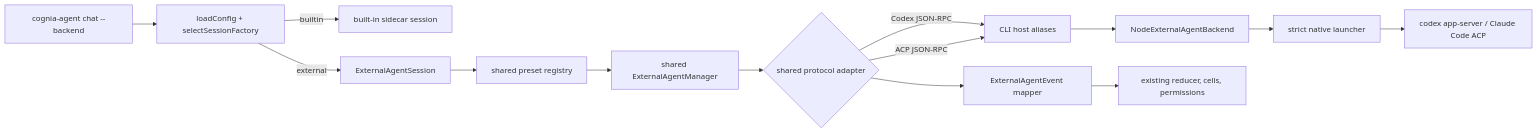
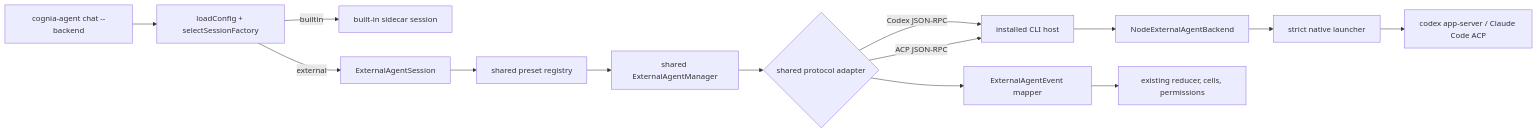
One commit to MaxQian888/cognia-next changed the diagram in docs/content/docs/en/subsystems/cognia-agent-external-hosting/index.mdx. Above: the diagram before and after it, drawn with Mermaid. The commit also changed other lines of this file and 34 other files, not shown here.

First line of the commit message:
refactor(agent): install the CLI's external-agent host instead of aliasing modules (ADR-0217)

````diff
--- a/docs/content/docs/en/subsystems/cognia-agent-external-hosting/index.mdx
+++ b/docs/content/docs/en/subsystems/cognia-agent-external-hosting/index.mdx
@@ -20,16 +20,16 @@
 ```mermaid
 flowchart LR
   U["cognia-agent chat --backend"] --> Select["loadConfig + selectSessionFactory"]
   Select -->|"builtin"| Builtin["built-in sidecar session"]
   Select -->|"external"| Session["ExternalAgentSession"]
   Session --> Preset["shared preset registry"]
   Preset --> Manager["shared ExternalAgentManager"]
   Manager --> Adapter{"shared protocol adapter"}
-  Adapter -->|"Codex JSON-RPC"| Host["CLI host aliases"]
+  Adapter -->|"Codex JSON-RPC"| Host["installed CLI host"]
   Adapter -->|"ACP JSON-RPC"| Host
   Host --> Node["NodeExternalAgentBackend"]
   Node --> Sandbox["strict native launcher"]
   Sandbox --> Child["codex app-server / Claude Code ACP"]
   Adapter --> Map["ExternalAgentEvent mapper"]
   Map --> TUI["existing reducer, cells, permissions"]
 ```
````
